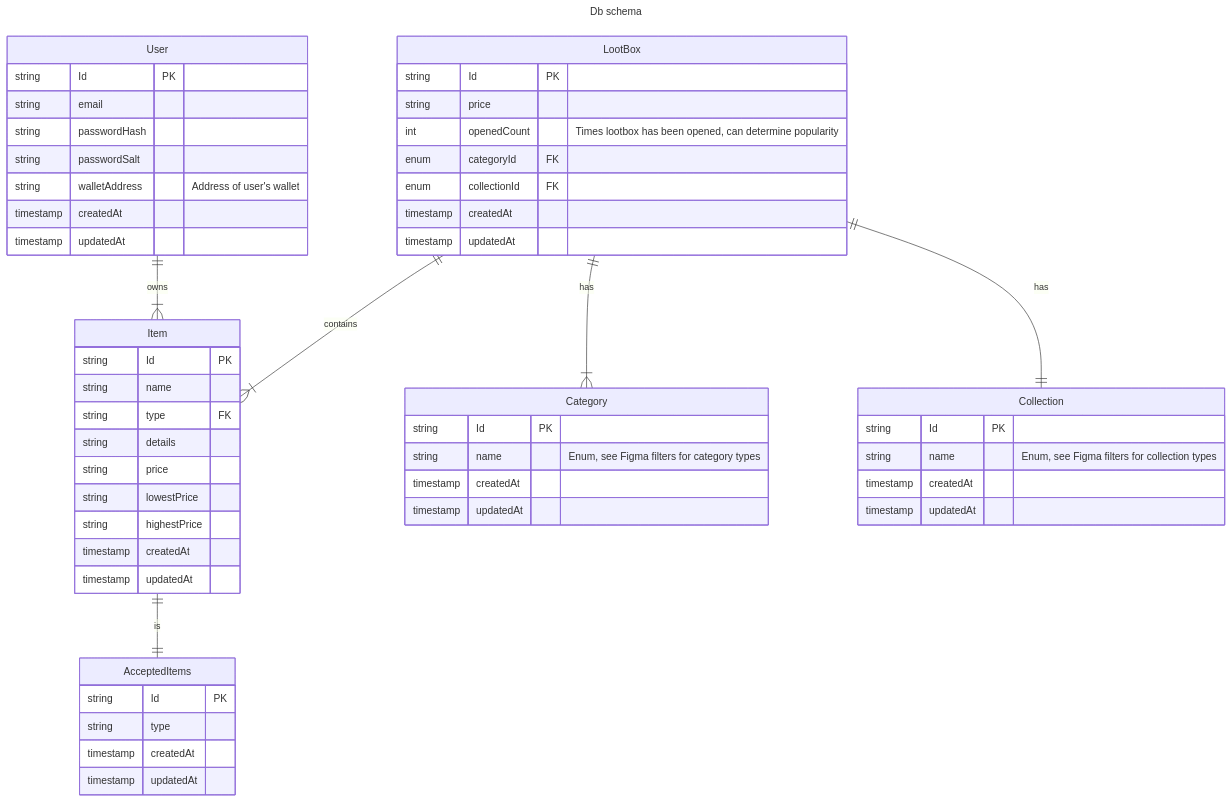
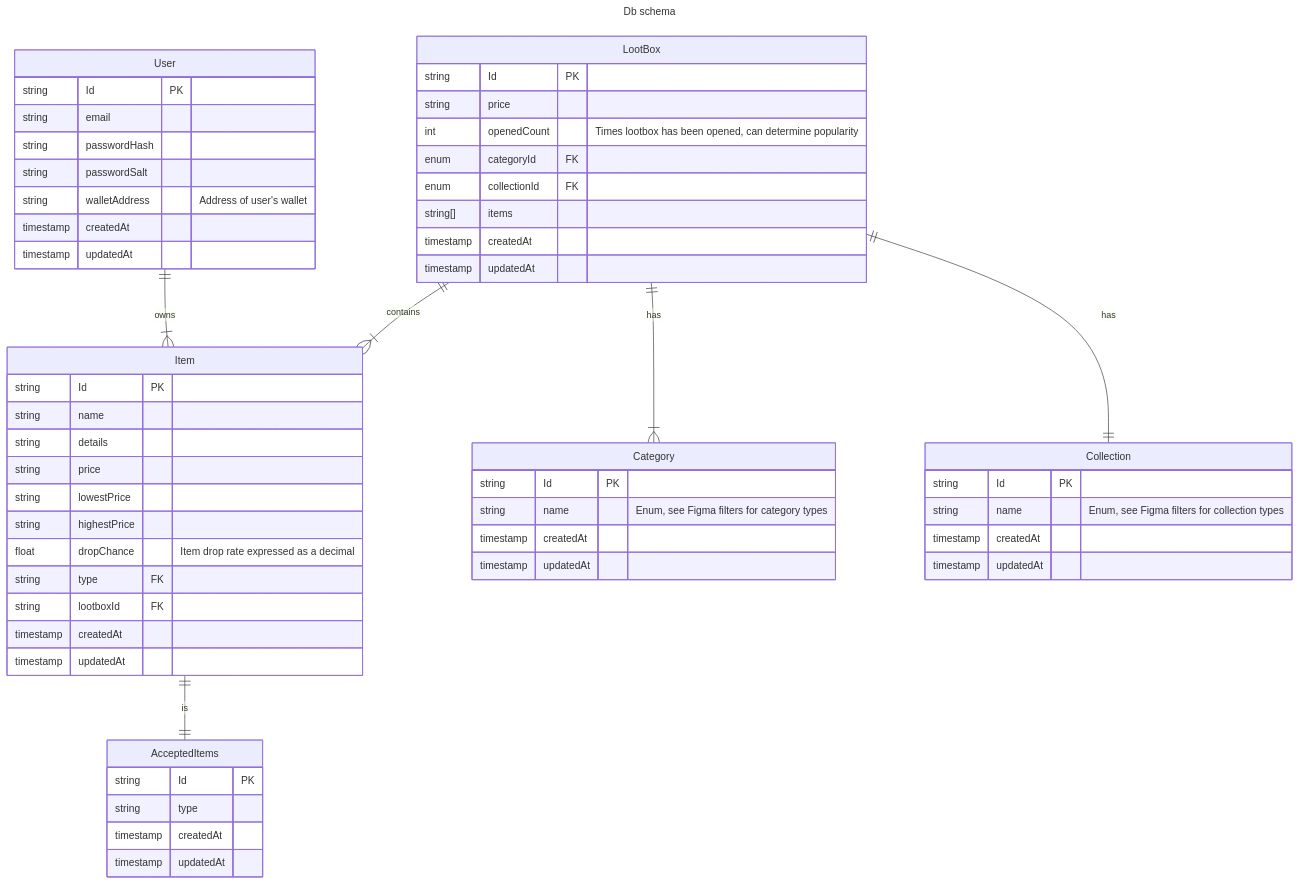
One commit to PCRinus/looties-backend changed the diagram in dbSchema.md. Above: the diagram before and after it, drawn with Mermaid.

Commit message:
chore: add dropChance and lootboxId attributes on the Item entity
LOO-9

````diff
--- a/dbSchema.md
+++ b/dbSchema.md
@@ -1,69 +1,72 @@
 ```mermaid
 ---
 title: Db schema
 ---
 
 erDiagram
   User {
     string Id PK
     string email
     string passwordHash
     string passwordSalt
     string walletAddress "Address of user's wallet"
     timestamp createdAt
     timestamp updatedAt
   }
 
   LootBox {
     string Id PK
     string price
     int openedCount "Times lootbox has been opened, can determine popularity"
     enum categoryId FK
     enum collectionId FK
+    string[] items
     timestamp createdAt
     timestamp updatedAt
   }
 
   LootBox one to one or more Item : contains
 
   User only one to one or more Item : owns
 
   Item {
     string Id PK
     string name
-    string type FK
     string details
     string price
     string lowestPrice
     string highestPrice
+    float dropChance "Item drop rate expressed as a decimal"
+    string type FK
+    string lootboxId FK
     timestamp createdAt
     timestamp updatedAt
   }
 
   Category {
     string Id PK
     string name "Enum, see Figma filters for category types"
     timestamp createdAt
     timestamp updatedAt
   }
 
   LootBox one to one or more Category : has
 
   Collection {
     string Id PK
     string name "Enum, see Figma filters for collection types"
     timestamp createdAt
     timestamp updatedAt
   }
 
   LootBox one to one Collection : has
 
   AcceptedItems {
     string Id PK
     string type
     timestamp createdAt
     timestamp updatedAt
   }
 
   Item one to one AcceptedItems : is
 ```
````
